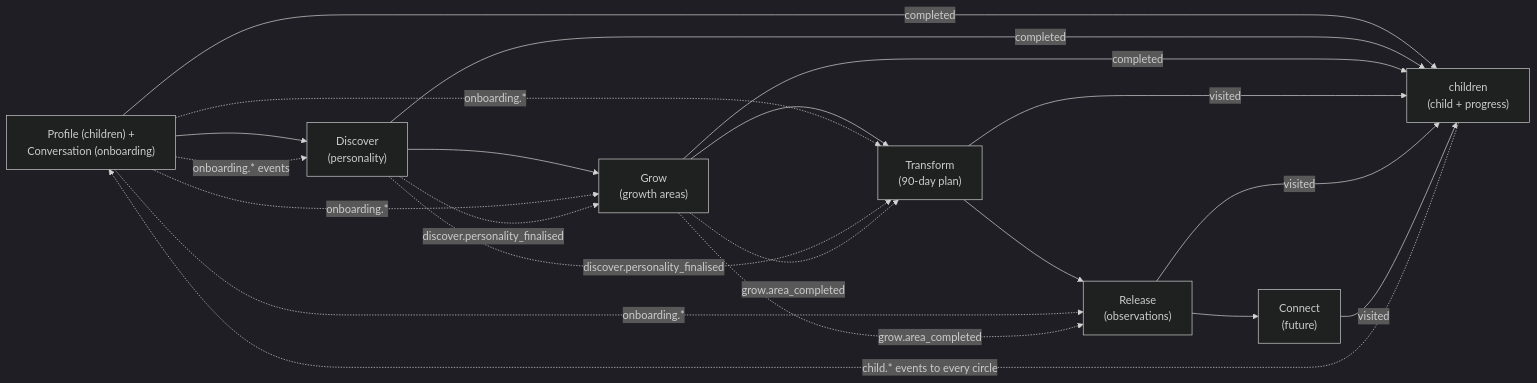
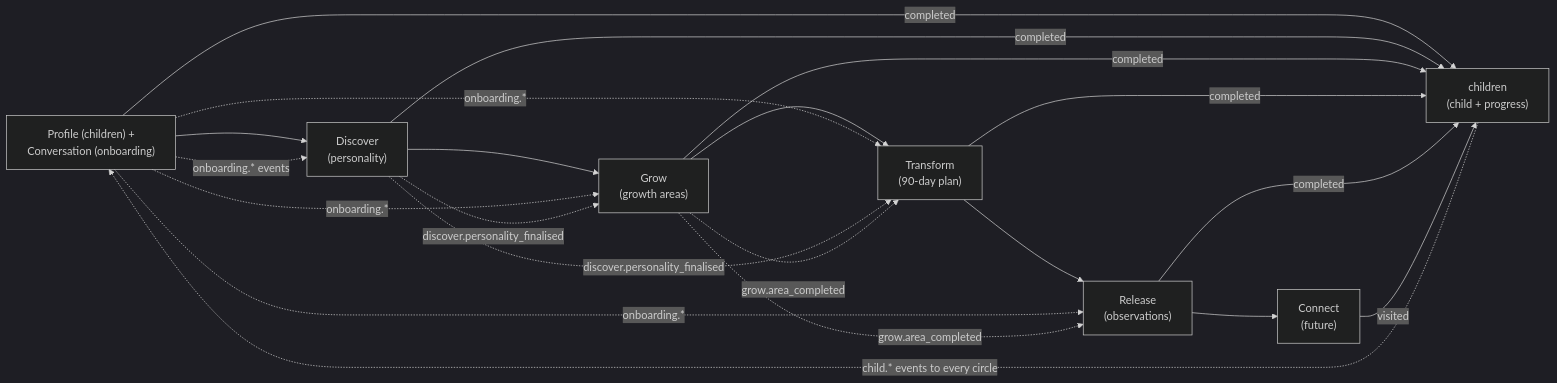
One commit to pkprincekumar7/buddy-app changed the fourth of 6 diagrams in docs/auth-users-split.md. Above: the diagram before and after it, drawn with Mermaid (dark theme). The commit also changed other lines of this file and 1 other file, not shown here.

````diff
--- a/docs/auth-users-split.md
+++ b/docs/auth-users-split.md
@@ -634,26 +648,26 @@
 ```mermaid
 flowchart LR
     P["Profile (children) +<br/>Conversation (onboarding)"] --> D["Discover<br/>(personality)"]
     D --> G["Grow<br/>(growth areas)"]
     G --> T["Transform<br/>(90-day plan)"]
     T --> RL["Release<br/>(observations)"]
     RL --> C["Connect<br/>(future)"]
 
     P -. "onboarding.* events" .-> D
     P -. "onboarding.*" .-> G
     P -. "onboarding.*" .-> T
     P -. "onboarding.*" .-> RL
     D -. "discover.personality_finalised" .-> G
     D -. "discover.personality_finalised" .-> T
     G -. "grow.area_completed" .-> T
     G -. "grow.area_completed" .-> RL
 
     CH["children<br/>(child + progress)"]
     P -- "completed" --> CH
     D -- "completed" --> CH
     G -- "completed" --> CH
-    T -- "visited" --> CH
-    RL -- "visited" --> CH
+    T -- "completed" --> CH
+    RL -- "completed" --> CH
     C -- "visited" --> CH
     CH -. "child.* events to every circle" .-> P
 ```
````
